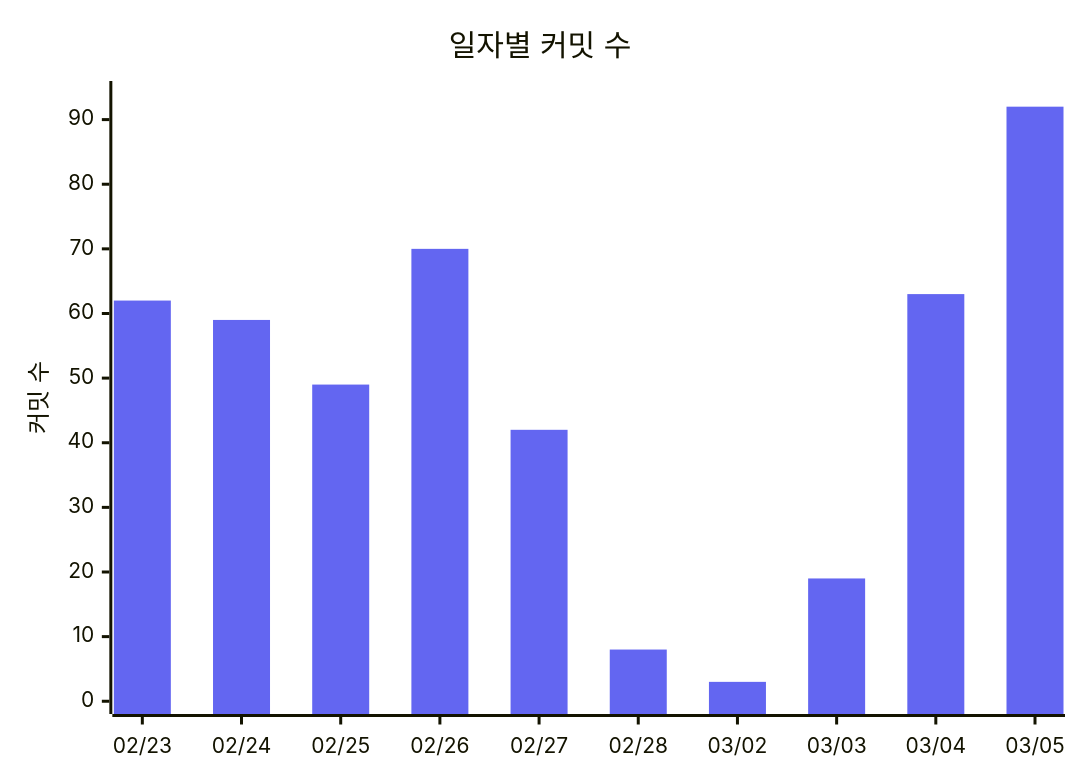
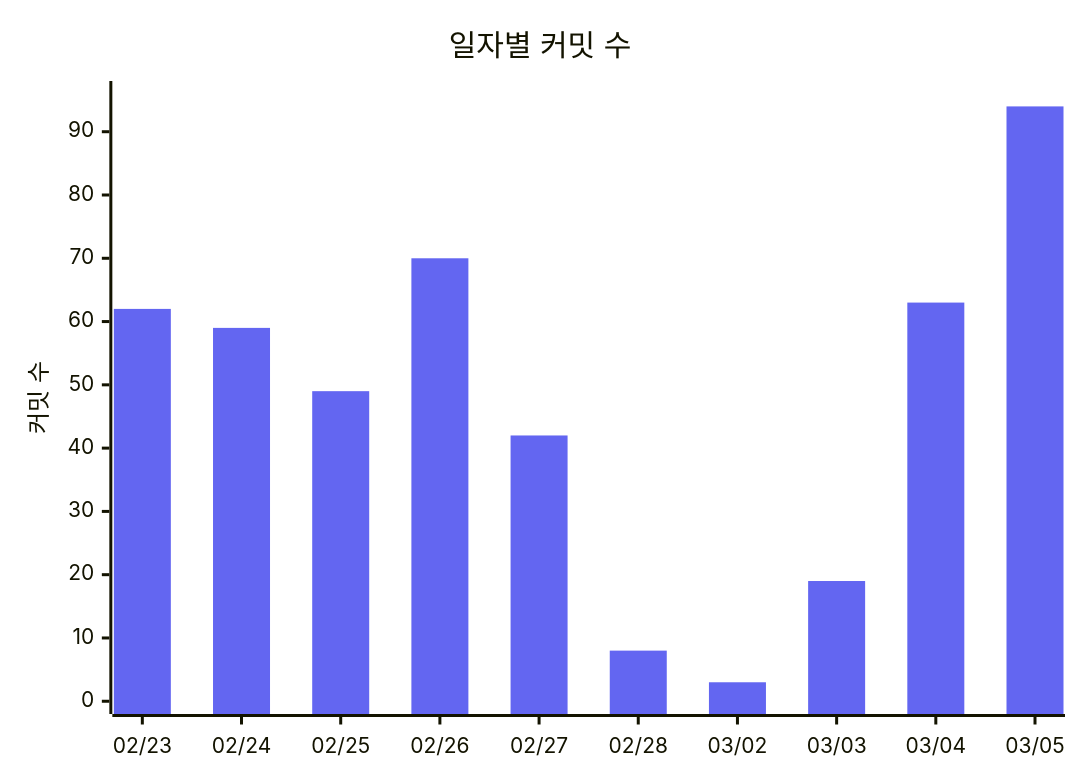
One commit to 3rd-project-team-1/ALYAC-market-team1 changed the fourth of 4 diagrams in README.md. Above: the diagram before and after it, drawn with Mermaid. The commit also changed other lines of this file, not shown here.

Commit message:
docs: 커밋 활동 차트 자동 업데이트 [skip ci]

````diff
--- a/README.md
+++ b/README.md
@@ -452,12 +452,12 @@
 ```mermaid
 %%{init: { 'theme': 'base', 'themeVariables': {
   'xyChart': {
     'plotColorPalette': '#6366f1'
   }
 } } }%%
 xychart-beta
   title "일자별 커밋 수"
   x-axis ["02/23", "02/24", "02/25", "02/26", "02/27", "02/28", "03/02", "03/03", "03/04", "03/05"]
-  y-axis "커밋 수" 0 --> 94
-  bar [62, 59, 49, 70, 42, 8, 3, 19, 63, 92]
+  y-axis "커밋 수" 0 --> 96
+  bar [62, 59, 49, 70, 42, 8, 3, 19, 63, 94]
 ```
````
